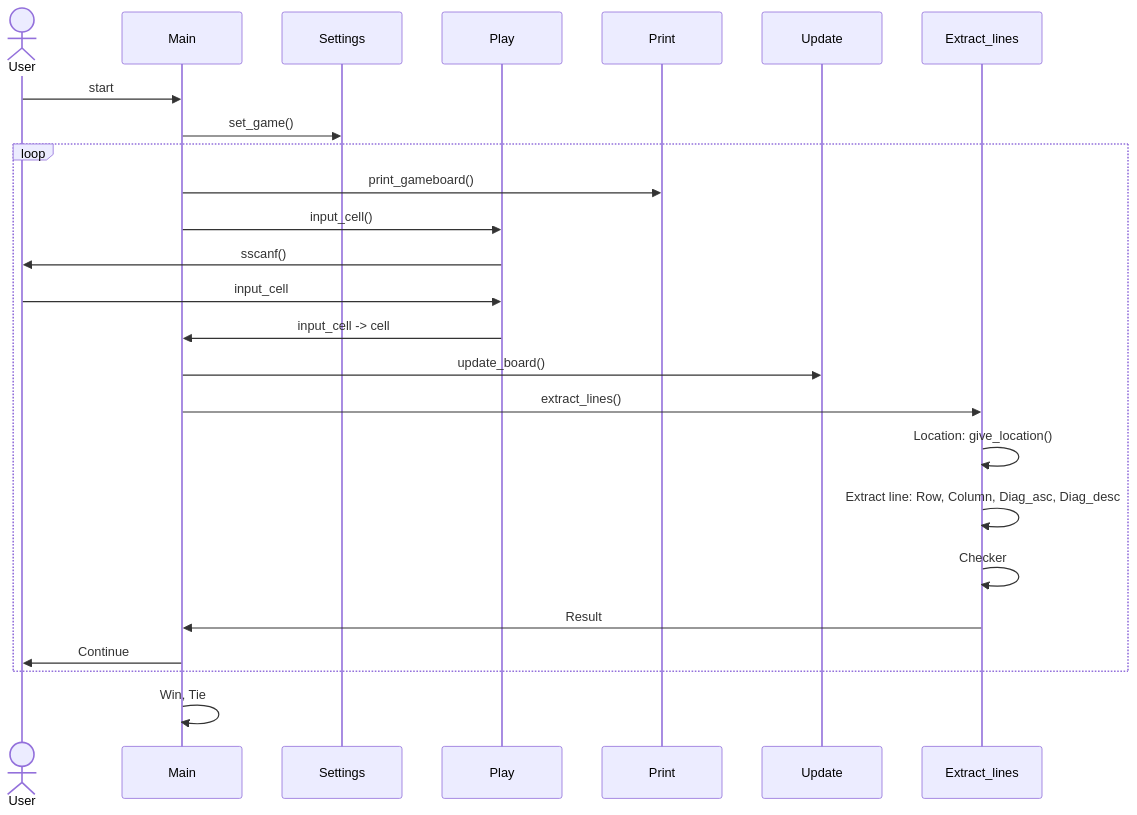
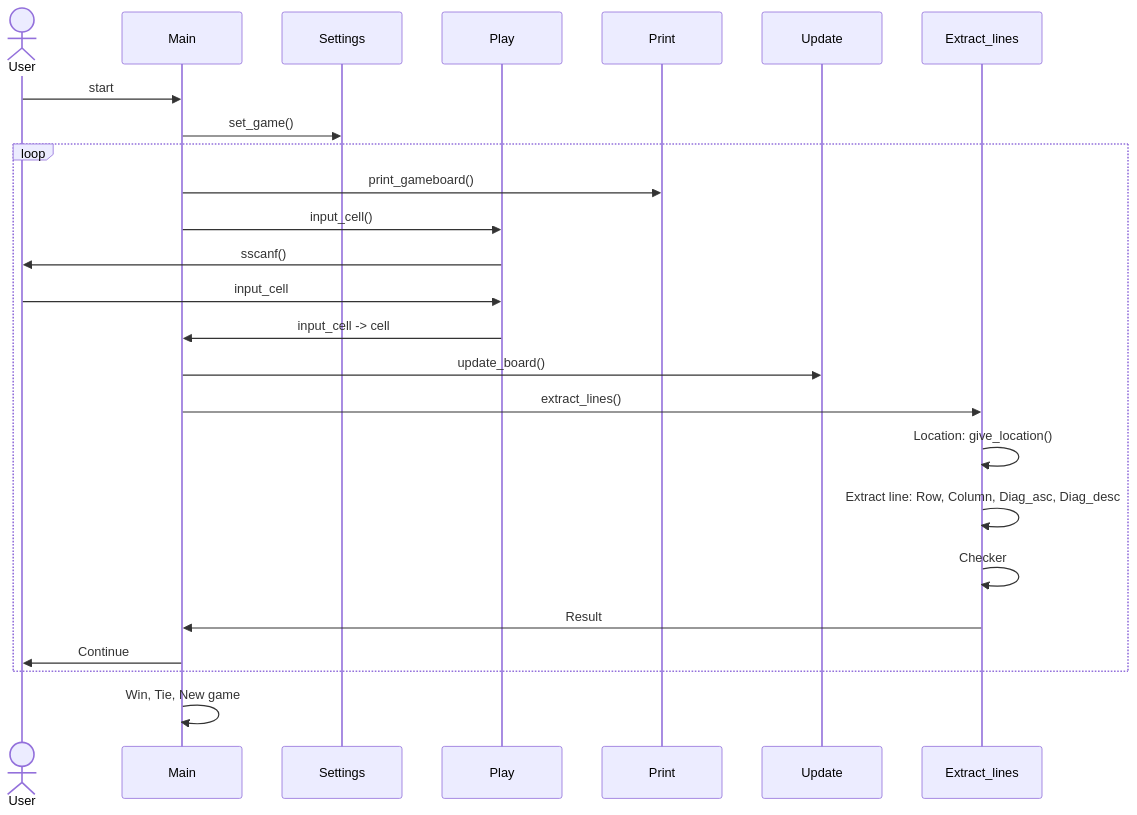
The second of 2 diagrams in docs/architecture.md (mcpaulafi/ctictactoe), drawn with Mermaid before and after one commit. The commit also changed other lines of this file, not shown here.

Commit message:
Architecture update

````diff
--- a/docs/architecture.md
+++ b/docs/architecture.md
@@ -15,30 +23,30 @@
 ```mermaid
 sequenceDiagram
     actor User
     participant Main
     participant Settings
     participant Play
     participant Print
     participant Update
     participant Extract_lines
 
     User->> Main: start
     Main->>Settings: set_game()
     loop
         Main->>Print: print_gameboard()
         Main->>Play: input_cell()
         Play->>User: sscanf()
         User->>Play: input_cell
         Play->>Main: input_cell -> cell
         Main->>Update: update_board()
         Main->>Extract_lines: extract_lines()
         Extract_lines->>Extract_lines: Location: give_location()
         Extract_lines->>Extract_lines: Extract line: Row, Column, Diag_asc, Diag_desc
         Extract_lines->>Extract_lines: Checker
         Extract_lines->>Main: Result
         Main->>User: Continue
     end
 
-    Main->>Main: Win, Tie
+    Main->>Main: Win, Tie, New game
 
 ```
````
